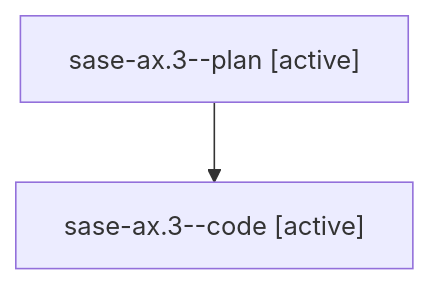
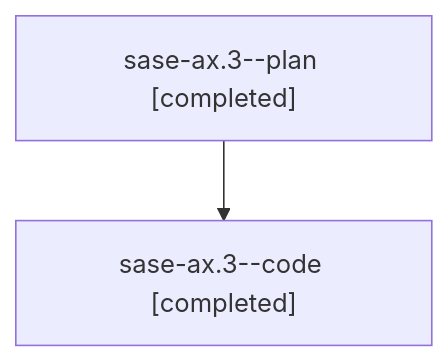
Before and after one commit to sase-org/sase--agents: the diagram in families/bbugyi200.athena.sase-ax.3.md, drawn with Mermaid. The commit also changed other lines of this file and 27 other files, not shown here.

````diff
--- a/families/bbugyi200.athena.sase-ax.3.md
+++ b/families/bbugyi200.athena.sase-ax.3.md
@@ -9,6 +9,6 @@
 ```mermaid
 flowchart TD
-  n0["sase-ax.3--plan [active]"]
-  n1["sase-ax.3--code [active]"]
+  n0["sase-ax.3--plan [completed]"]
+  n1["sase-ax.3--code [completed]"]
   n0 --> n1
 ```
````
